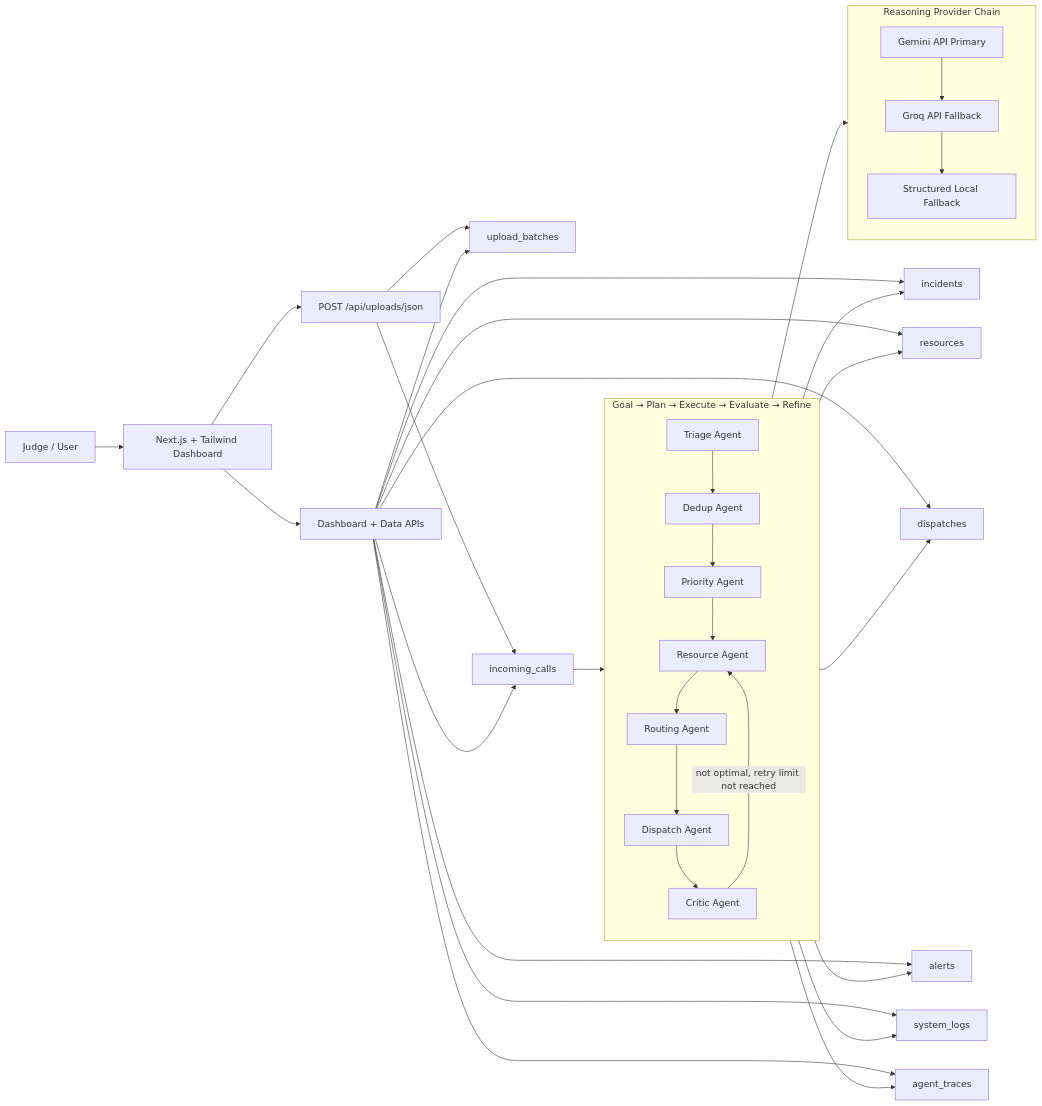
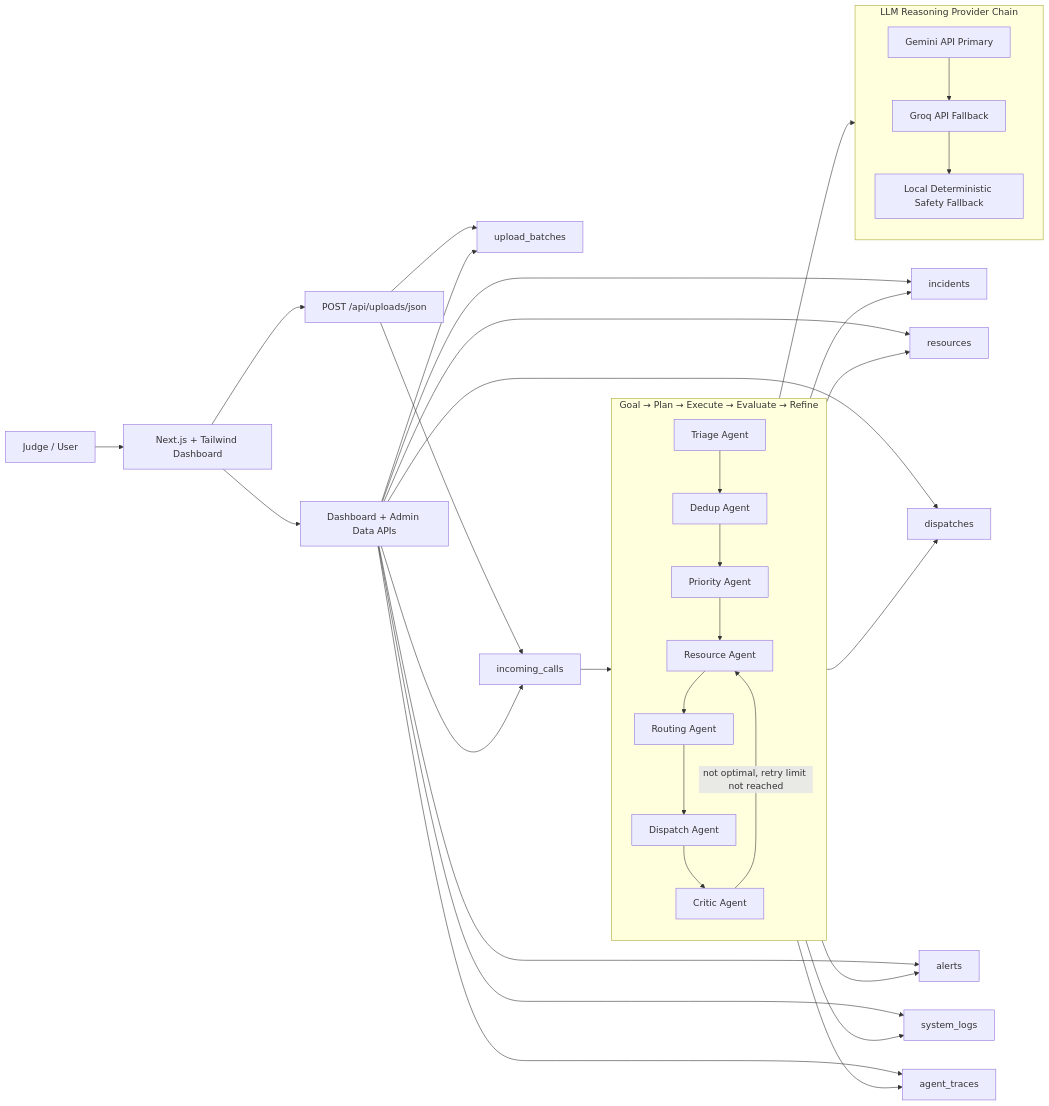
Before and after one commit to Jag2007/CrisisWeave: the first of 3 diagrams in docs/SYSTEM_ARCHITECTURE.md, drawn with Mermaid. The commit also changed other lines of this file and 3 other files, not shown here.

````diff
--- a/docs/SYSTEM_ARCHITECTURE.md
+++ b/docs/SYSTEM_ARCHITECTURE.md
@@ -5,45 +5,46 @@
 ```mermaid
 flowchart LR
   Judge["Judge / User"] --> Client["Next.js + Tailwind Dashboard"]
   Client --> UploadAPI["POST /api/uploads/json"]
-  Client --> ReadAPIs["Dashboard + Data APIs"]
+  Client --> ReadAPIs["Dashboard + Admin Data APIs"]
+
   UploadAPI --> Batch["upload_batches"]
   UploadAPI --> Calls["incoming_calls"]
   Calls --> Graph["Agentic Execution Graph"]
 
   subgraph Graph["Goal → Plan → Execute → Evaluate → Refine"]
     Triage["Triage Agent"]
     Dedup["Dedup Agent"]
     Priority["Priority Agent"]
     Resource["Resource Agent"]
     Routing["Routing Agent"]
     Dispatch["Dispatch Agent"]
     Critic["Critic Agent"]
     Triage --> Dedup --> Priority --> Resource --> Routing --> Dispatch --> Critic
     Critic -- "not optimal, retry limit not reached" --> Resource
   end
 
-  subgraph Reasoning["Reasoning Provider Chain"]
+  subgraph Reasoning["LLM Reasoning Provider Chain"]
     Gemini["Gemini API Primary"]
     Groq["Groq API Fallback"]
-    Local["Structured Local Fallback"]
+    Local["Local Deterministic Safety Fallback"]
     Gemini --> Groq --> Local
   end
 
   Graph --> Reasoning
   Graph --> Incidents["incidents"]
   Graph --> Resources["resources"]
   Graph --> Dispatches["dispatches"]
   Graph --> Alerts["alerts"]
   Graph --> Logs["system_logs"]
   Graph --> Traces["agent_traces"]
 
   ReadAPIs --> Batch
   ReadAPIs --> Calls
   ReadAPIs --> Incidents
   ReadAPIs --> Resources
   ReadAPIs --> Dispatches
   ReadAPIs --> Alerts
   ReadAPIs --> Logs
   ReadAPIs --> Traces
 ```
````
